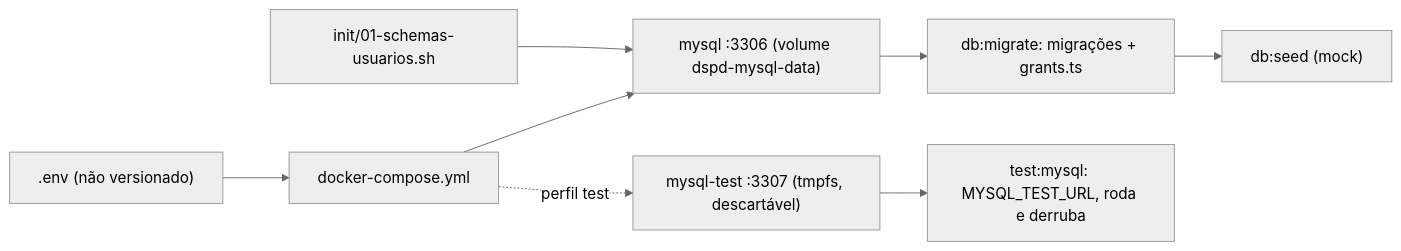
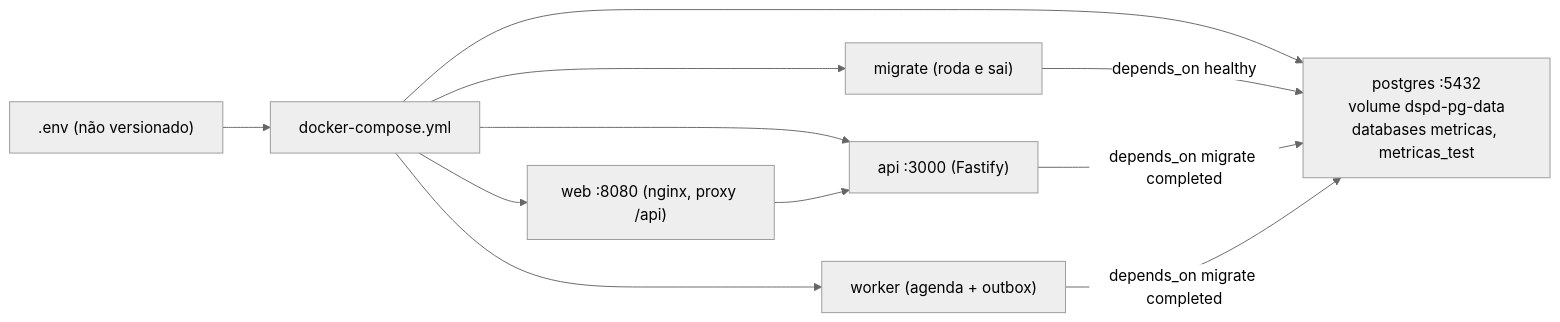
One commit to rodrigo-isensee/MetricasDSPD changed the fourth of 4 diagrams in docs/architecture/server.md. Above: the diagram before and after it, drawn with Mermaid (neutral theme). The commit also changed other lines of this file and 10 other files, not shown here.

````diff
--- a/docs/architecture/server.md
+++ b/docs/architecture/server.md
@@ -106,9 +96,13 @@
 ```mermaid
 flowchart LR
   env[".env (não versionado)"] --> compose["docker-compose.yml"]
-  compose --> dev["mysql :3306 (volume dspd-mysql-data)"]
-  compose -. "perfil test" .-> tst["mysql-test :3307 (tmpfs, descartável)"]
-  init["init/01-schemas-usuarios.sh"] --> dev
-  dev --> mig["db:migrate: migrações + grants.ts"] --> seed["db:seed (mock)"]
-  tst --> t["test:mysql: MYSQL_TEST_URL, roda e derruba"]
+  compose --> pg["postgres :5432<br/>volume dspd-pg-data<br/>databases metricas, metricas_test"]
+  compose --> mig["migrate (roda e sai)"]
+  compose --> api["api :3000 (Fastify)"]
+  compose --> wk["worker (agenda + outbox)"]
+  compose --> web["web :8080 (nginx, proxy /api)"]
+  mig -->|depends_on healthy| pg
+  api -->|depends_on migrate completed| pg
+  wk -->|depends_on migrate completed| pg
+  web --> api
 ```
````
